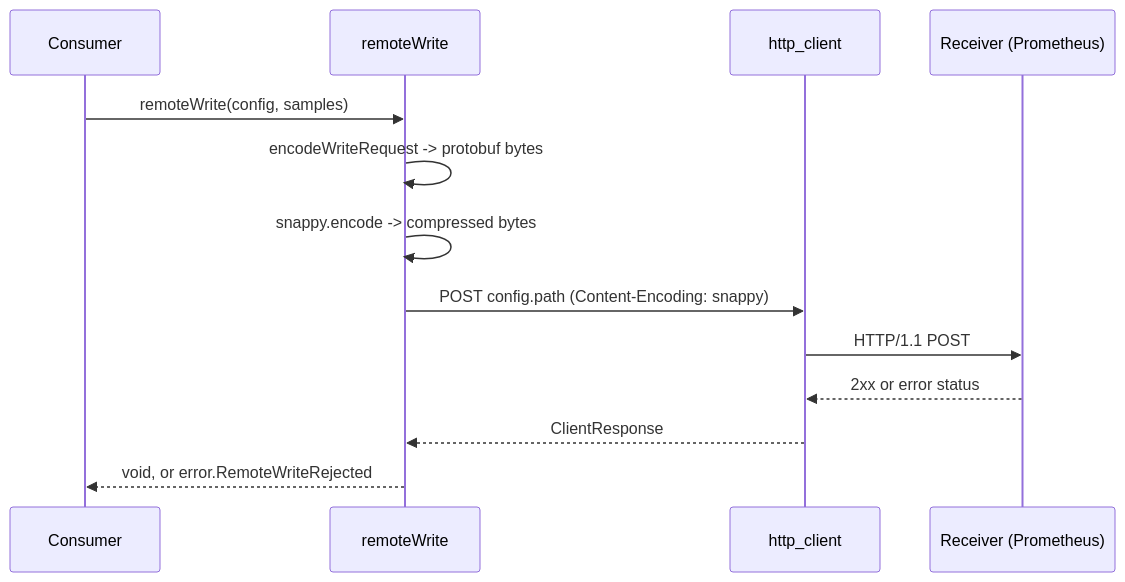
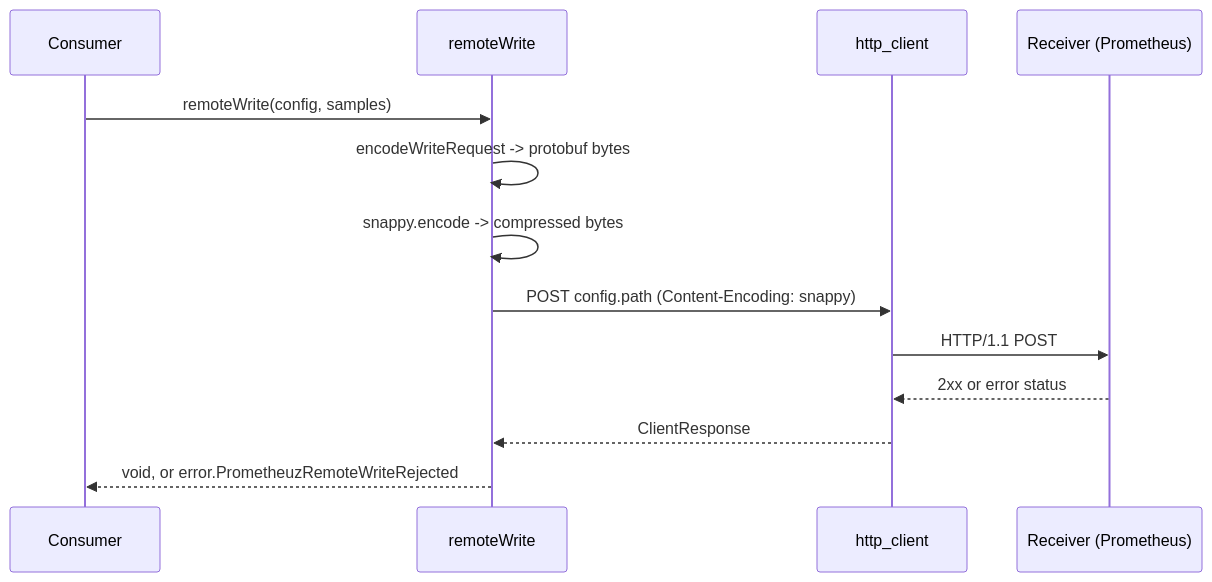
The third of 5 diagrams in docs/driver/prometheuz/hld-en.md (prothegee/zix), drawn with Mermaid before and after one commit. The commit also changed 410 other files, not shown here.

````diff
--- a/docs/driver/prometheuz/hld-en.md
+++ b/docs/driver/prometheuz/hld-en.md
@@ -93,15 +93,15 @@
 ```mermaid
 sequenceDiagram
     participant App as Consumer
     participant W as remoteWrite
     participant C as http_client
     participant R as Receiver (Prometheus)
     App->>W: remoteWrite(config, samples)
     W->>W: encodeWriteRequest -> protobuf bytes
     W->>W: snappy.encode -> compressed bytes
     W->>C: POST config.path (Content-Encoding: snappy)
     C->>R: HTTP/1.1 POST
     R-->>C: 2xx or error status
     C-->>W: ClientResponse
-    W-->>App: void, or error.RemoteWriteRejected
+    W-->>App: void, or error.PrometheuzRemoteWriteRejected
 ```
````
